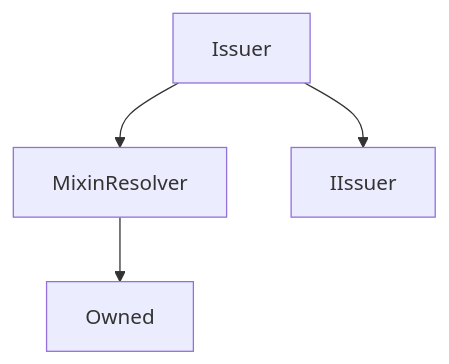
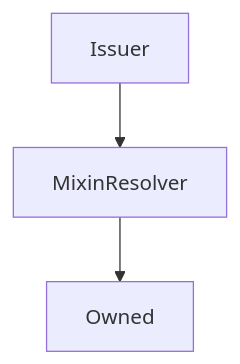
One commit to Synthetixio/synthetix-docs changed the diagram in content/contracts/Issuer.md. Above: the diagram before and after it, drawn with Mermaid. The commit also changed 46 other files, not shown here.

````diff
--- a/content/contracts/Issuer.md
+++ b/content/contracts/Issuer.md
@@ -9,6 +9,5 @@
 ```mermaid
 graph TD
     Issuer[Issuer] --> MixinResolver[MixinResolver]
-    Issuer[Issuer] --> IIssuer[IIssuer]
     MixinResolver[MixinResolver] --> Owned[Owned]
 ```
````
